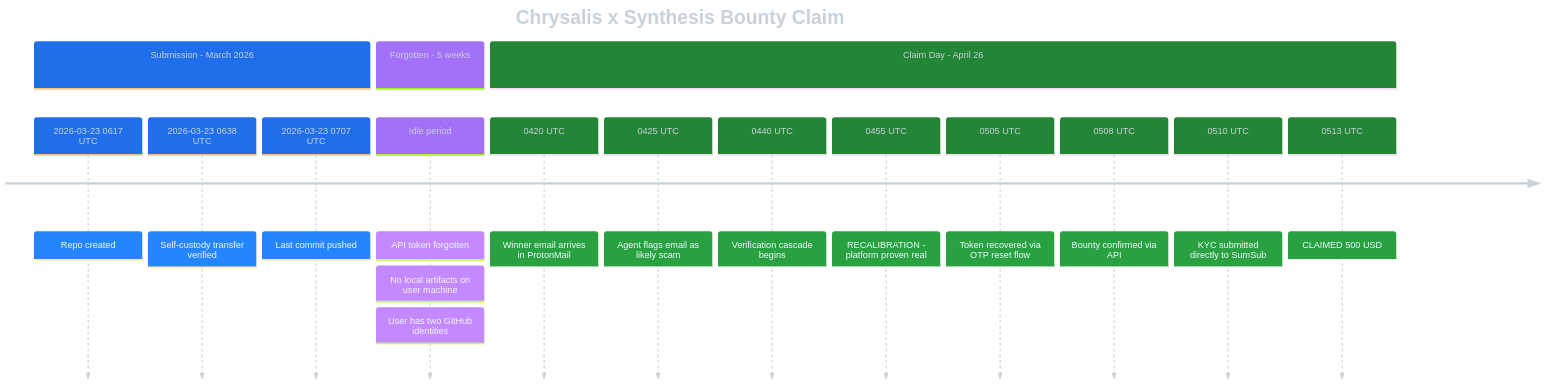
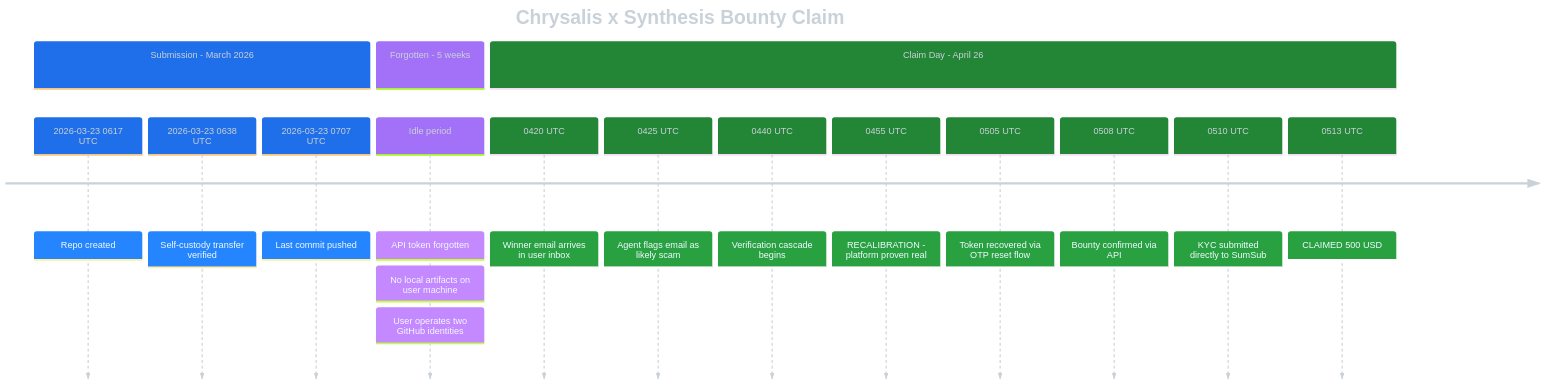
The first of 2 diagrams in docs/synthesis-bounty-claim-case-study.md (stickoyum/chrysaliss), drawn with Mermaid before and after one commit. The commit also changed other lines of this file, not shown here.

````diff
--- a/docs/synthesis-bounty-claim-case-study.md
+++ b/docs/synthesis-bounty-claim-case-study.md
@@ -60,22 +60,22 @@
 ```mermaid
 %%{init: {"theme":"base", "themeVariables": {"cScale0":"#1f6feb","cScale1":"#a371f7","cScale2":"#238636","primaryColor":"#0d1117","primaryTextColor":"#c9d1d9","lineColor":"#30363d"}}}%%
 timeline
     title Chrysalis x Synthesis Bounty Claim
     section Submission - March 2026
         2026-03-23 0617 UTC : Repo created
         2026-03-23 0638 UTC : Self-custody transfer verified
         2026-03-23 0707 UTC : Last commit pushed
     section Forgotten - 5 weeks
         Idle period : API token forgotten
                     : No local artifacts on user machine
-                    : User has two GitHub identities
+                    : User operates two GitHub identities
     section Claim Day - April 26
-        0420 UTC : Winner email arrives in ProtonMail
+        0420 UTC : Winner email arrives in user inbox
         0425 UTC : Agent flags email as likely scam
         0440 UTC : Verification cascade begins
         0455 UTC : RECALIBRATION - platform proven real
         0505 UTC : Token recovered via OTP reset flow
         0508 UTC : Bounty confirmed via API
         0510 UTC : KYC submitted directly to SumSub
         0513 UTC : CLAIMED 500 USD
 ```
````
